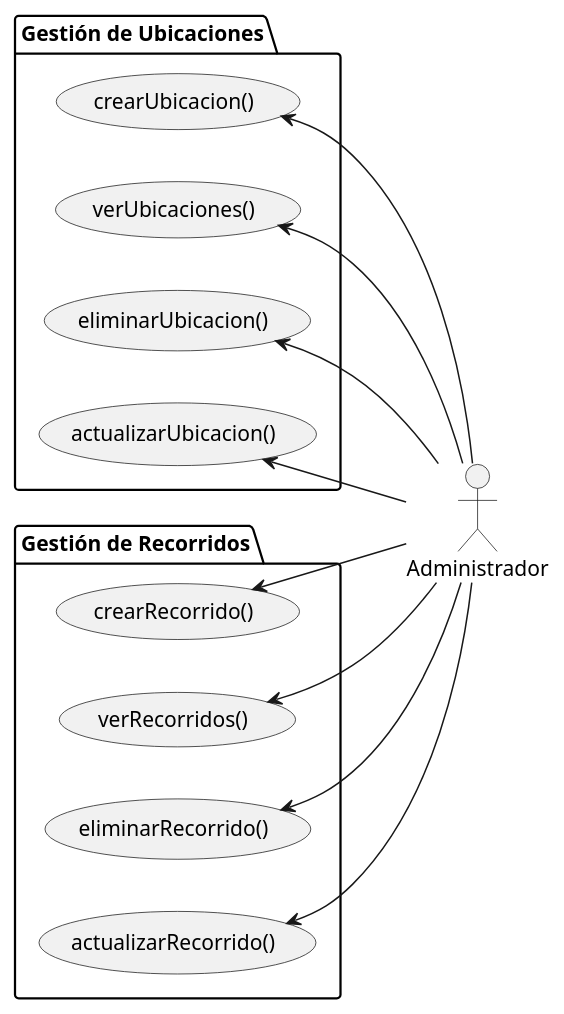
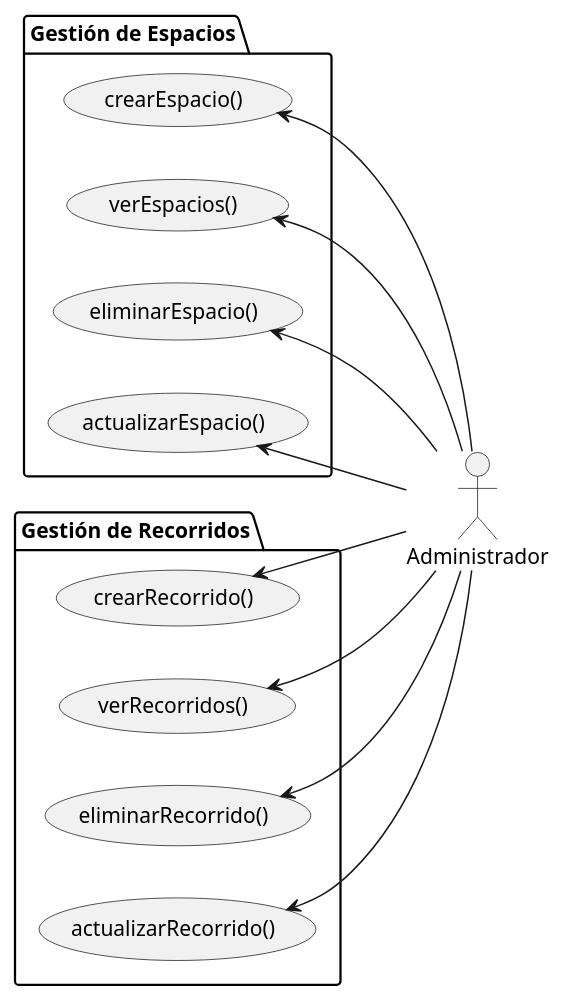
One commit to Camila-Lesly/25-26-idsw1-sdr changed the diagram in documentos/01-casoDeUso/1-CasoDeUso/adminCasosDeUso.puml. Above: the diagram before and after it, drawn with PlantUML. The commit also changed 3 other files, not shown here.

```diff
--- a/documentos/01-casoDeUso/1-CasoDeUso/adminCasosDeUso.puml
+++ b/documentos/01-casoDeUso/1-CasoDeUso/adminCasosDeUso.puml
@@ -1,33 +1,33 @@
 @startuml
 
 left to right direction
 
 actor "Administrador" as admin
 
-package "Gestión de Ubicaciones"{
-    usecase crearUbicacion as "crearUbicacion()"
-    usecase verUbicaciones as "verUbicaciones()"
-    usecase eliminarUbicacion as "eliminarUbicacion()"
-    usecase actualizarUbicacion as "actualizarUbicacion()"
+package "Gestión de Espacios"{
+    usecase crearEspacio as "crearEspacio()"
+    usecase verEspacios as "verEspacios()"
+    usecase eliminarEspacio as "eliminarEspacio()"
+    usecase actualizarEspacio as "actualizarEspacio()"
 }
 
 package "Gestión de Recorridos"{
     usecase crearRecorrido as "crearRecorrido()"
     usecase verRecorridos as "verRecorridos()"
     usecase eliminarRecorrido as "eliminarRecorrido()"
     usecase actualizarRecorrido as "actualizarRecorrido()"
 }
 
-(crearUbicacion) <-- admin
-(verUbicaciones) <-- admin
-(eliminarUbicacion) <-- admin
-(actualizarUbicacion) <-- admin
+(crearEspacio) <-- admin
+(verEspacios) <-- admin
+(eliminarEspacio) <-- admin
+(actualizarEspacio) <-- admin
 
 (crearRecorrido) <-- admin
 (verRecorridos) <-- admin
 (eliminarRecorrido) <-- admin
 (actualizarRecorrido) <-- admin
 
 
 
 @enduml
```
